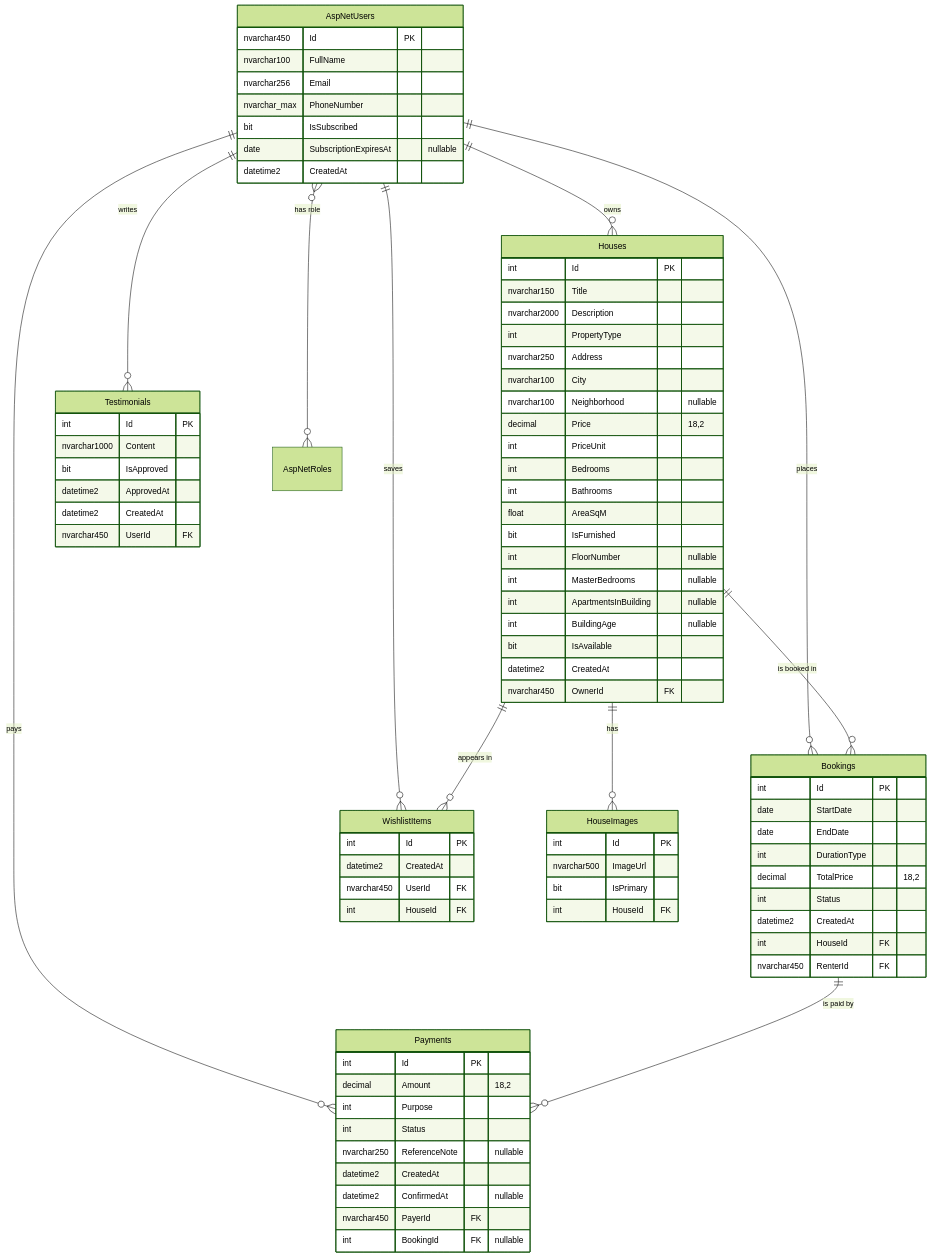
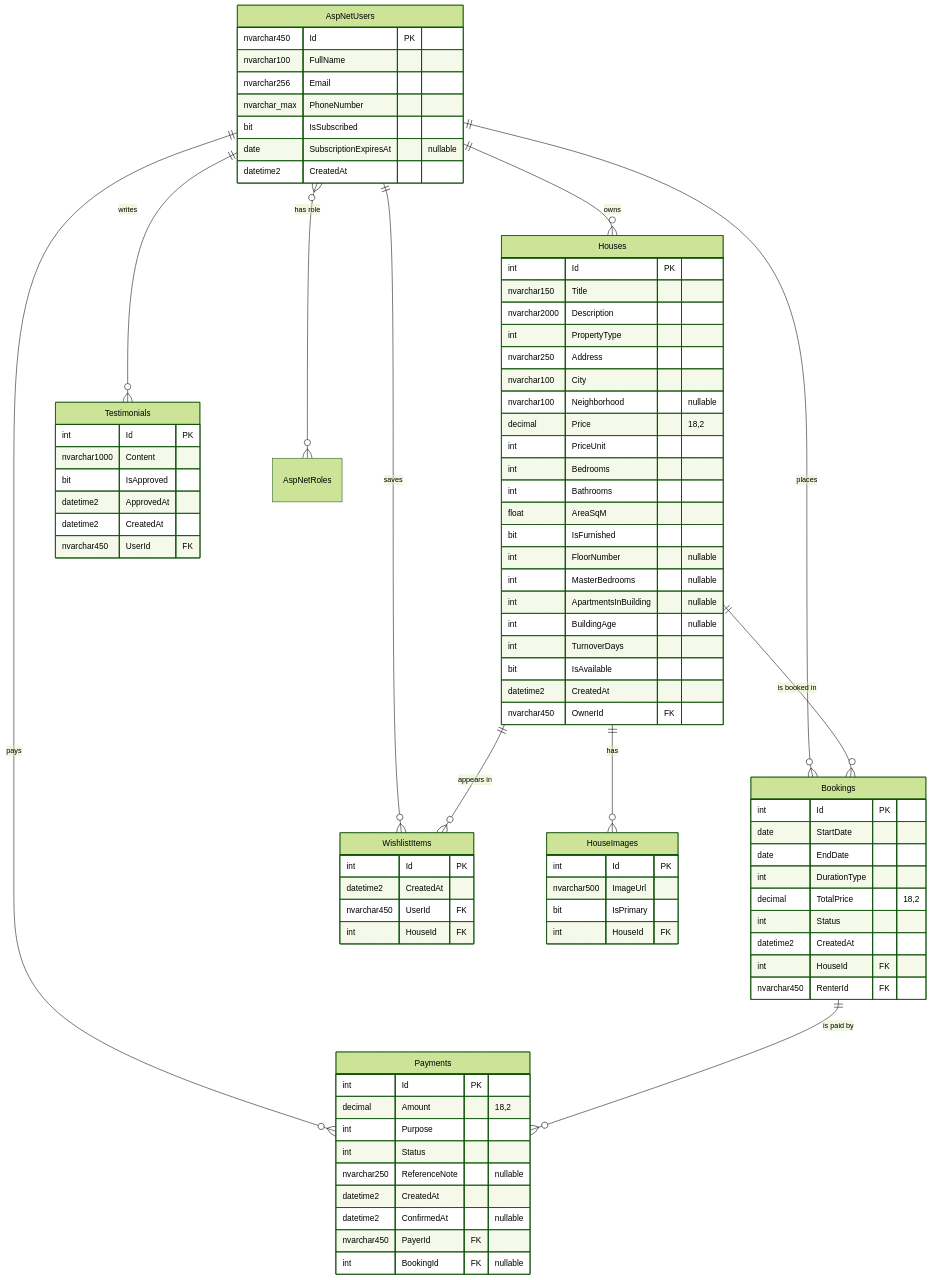
Before and after one commit to dawudasasfeh/OCS_Final_Project: the diagram in docs/04-database-design.md, drawn with Mermaid (forest theme). The commit also changed other lines of this file and 6 other files, not shown here.

```diff
--- a/docs/04-database-design.md
+++ b/docs/04-database-design.md
@@ -95,6 +96,7 @@
         int MasterBedrooms "nullable"
         int ApartmentsInBuilding "nullable"
         int BuildingAge "nullable"
+        int TurnoverDays
         bit IsAvailable
         datetime2 CreatedAt
         nvarchar450 OwnerId FK
```
